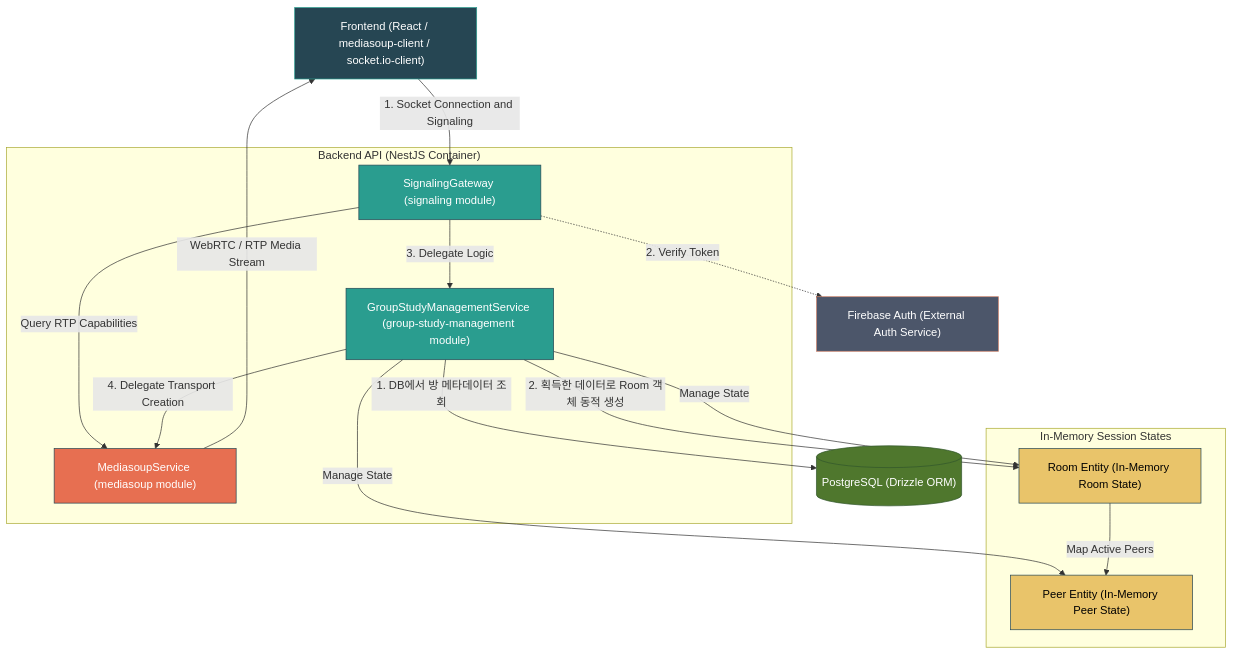
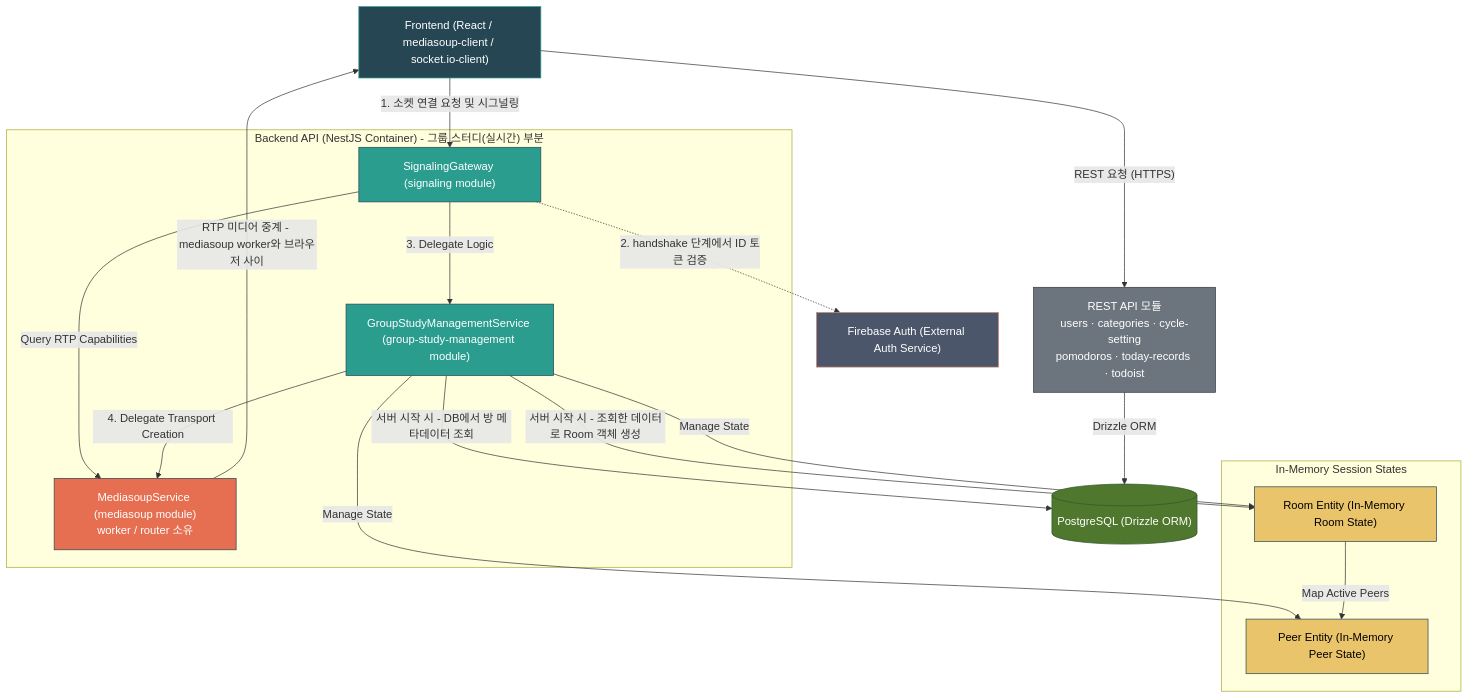
Before and after one commit to Yonghwan-Song/pomodoro-doc: the third of 4 diagrams in docs/introduction.md, drawn with Mermaid. The commit also changed other lines of this file, not shown here.

First line of the commit message:
Add an SFU topology diagram and correct the C4 diagrams

````diff
--- a/docs/introduction.md
+++ b/docs/introduction.md
@@ -360,47 +374,58 @@
 ```mermaid
     flowchart TD
         %% 외부 서비스 및 클라이언트 정의
         Frontend["Frontend (React / mediasoup-client / socket.io-client)"]
         FirebaseAuth["Firebase Auth (External Auth Service)"]
         Postgres[("PostgreSQL (Drizzle ORM)")]
 
         %% 백엔드 API (서브그래프 중첩 제거)
-        subgraph Backend ["Backend API (NestJS Container)"]
+        subgraph Backend ["Backend API (NestJS Container) - 그룹 스터디(실시간) 부분"]
             Gateway["SignalingGateway (signaling module)"]
             GroupService["GroupStudyManagementService (group-study-management module)"]
-            MediasoupSvc["MediasoupService (mediasoup module)"]
+            MediasoupSvc["MediasoupService (mediasoup module)<br/>worker / router 소유"]
         end
+
+        %% 같은 컨테이너 안의 REST 부분 (이 다이어그램의 상세 대상은 아님)
+        Rest["REST API 모듈<br/>users · categories · cycle-setting<br/>pomodoros · today-records · todoist"]
 
         %% 인메모리 상태 세션 (별도 서브그래프로 분리)
         subgraph Memory ["In-Memory Session States"]
             RoomEntity["Room Entity (In-Memory Room State)"]
             PeerEntity["Peer Entity (In-Memory Peer State)"]
         end
 
         %% 연결선 정의 (가장 표준적인 -->|라벨| 문법 사용)
-        Frontend -->|1. Socket Connection and Signaling| Gateway
-        Gateway -.->|2. Verify Token| FirebaseAuth
+        %% [A] 클라이언트 요청 처리 흐름
+        Frontend -->|1. 소켓 연결 요청 및 시그널링| Gateway
+        Gateway -.->|2. handshake 단계에서 ID 토큰 검증| FirebaseAuth
 
         Gateway -->|3. Delegate Logic| GroupService
         Gateway -->|Query RTP Capabilities| MediasoupSvc
 
         GroupService -->|4. Delegate Transport Creation| MediasoupSvc
-        GroupService -->|1. DB에서 방 메타데이터 조회| Postgres
-        GroupService -->|2. 획득한 데이터로 Room 객체 동적 생성| RoomEntity
+
+        %% [B] 서버 시작 시 한 번 일어나는 흐름 (위 번호와 별개)
+        GroupService -->|"서버 시작 시 - DB에서 방 메타데이터 조회"| Postgres
+        GroupService -->|"서버 시작 시 - 조회한 데이터로 Room 객체 생성"| RoomEntity
 
         GroupService -->|Manage State| RoomEntity
         GroupService -->|Manage State| PeerEntity
         RoomEntity -->|Map Active Peers| PeerEntity
 
-        MediasoupSvc -->|WebRTC / RTP Media Stream| Frontend
+        MediasoupSvc -->|"RTP 미디어 중계 - mediasoup worker와 브라우저 사이"| Frontend
+
+        %% [C] REST 부분 (같은 컨테이너, 상세는 생략)
+        Frontend -->|"REST 요청 (HTTPS)"| Rest
+        Rest -->|"Drizzle ORM"| Postgres
 
         %% 스타일 정의 (가장 호환성 높은 속성만 사용)
         style Frontend fill:#264653,stroke:#2a9d8f,color:#fff
         style FirebaseAuth fill:#4c566a,stroke:#d08770,color:#fff
         style Gateway fill:#2a9d8f,stroke:#264653,color:#fff
         style GroupService fill:#2a9d8f,stroke:#264653,color:#fff
         style MediasoupSvc fill:#e76f51,stroke:#264653,color:#fff
         style RoomEntity fill:#e9c46a,stroke:#264653,color:#000
         style PeerEntity fill:#e9c46a,stroke:#264653,color:#000
         style Postgres fill:#4f772d,stroke:#31572c,color:#fff
+        style Rest fill:#6c757d,stroke:#343a40,color:#fff
 ```
````
